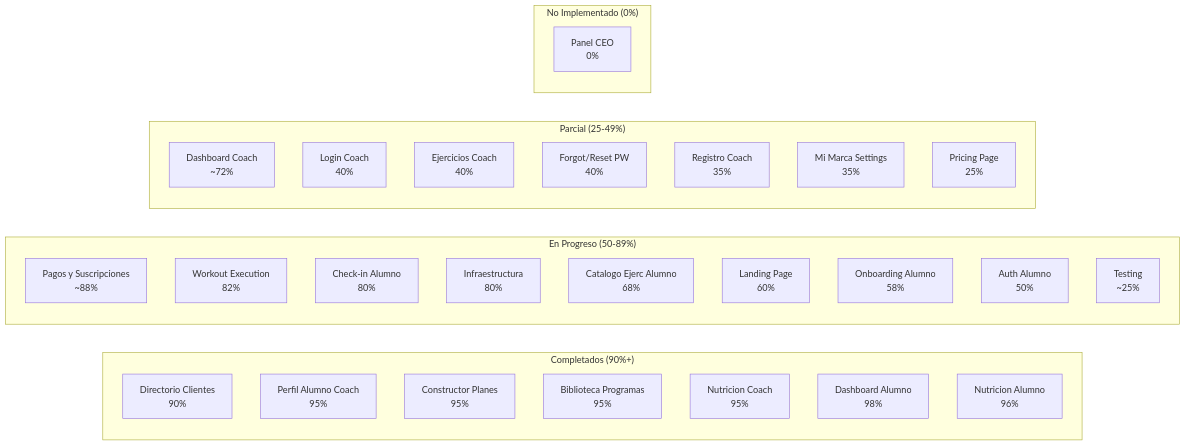
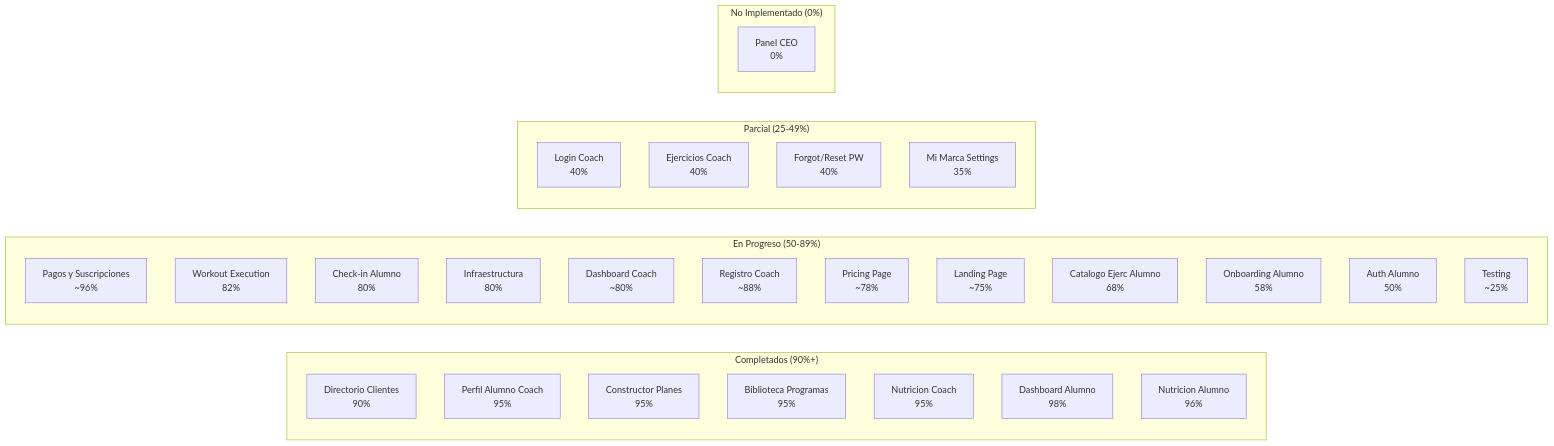
The first of 3 diagrams in docs/MAPA-MAESTRO.md (Juancho2706/gymappjp), drawn with Mermaid before and after one commit. The commit also changed other lines of this file and 22 other files, not shown here.

First line of the commit message:
feat: enhance coach dashboard with subscription details

````diff
--- a/docs/MAPA-MAESTRO.md
+++ b/docs/MAPA-MAESTRO.md
@@ -13,38 +13,38 @@
 ```mermaid
 graph LR
     subgraph completado ["Completados (90%+)"]
         DirClientes["Directorio Clientes<br/>90%"]
         PerfilAlumno["Perfil Alumno Coach<br/>95%"]
         Builder["Constructor Planes<br/>95%"]
         BiblioProgs["Biblioteca Programas<br/>95%"]
         NutriCoach["Nutricion Coach<br/>95%"]
         DashAlumno["Dashboard Alumno<br/>98%"]
         NutriAlumno["Nutricion Alumno<br/>96%"]
     end
 
     subgraph avanzado ["En Progreso (50-89%)"]
-        Pagos["Pagos y Suscripciones<br/>~88%"]
+        Pagos["Pagos y Suscripciones<br/>~96%"]
         WorkoutExec["Workout Execution<br/>82%"]
         CheckIn["Check-in Alumno<br/>80%"]
         Infra["Infraestructura<br/>80%"]
+        DashCoach["Dashboard Coach<br/>~80%"]
+        RegCoach["Registro Coach<br/>~88%"]
+        Pricing["Pricing Page<br/>~78%"]
+        Landing["Landing Page<br/>~75%"]
         CatEjAlumno["Catalogo Ejerc Alumno<br/>68%"]
-        Landing["Landing Page<br/>60%"]
         Onboarding["Onboarding Alumno<br/>58%"]
         AuthAlumno["Auth Alumno<br/>50%"]
         Testing["Testing<br/>~25%"]
     end
 
     subgraph parcial ["Parcial (25-49%)"]
-        DashCoach["Dashboard Coach<br/>~72%"]
         LoginCoach["Login Coach<br/>40%"]
         EjercCoach["Ejercicios Coach<br/>40%"]
         ResetPw["Forgot/Reset PW<br/>40%"]
-        RegCoach["Registro Coach<br/>35%"]
         MiMarca["Mi Marca Settings<br/>35%"]
-        Pricing["Pricing Page<br/>25%"]
     end
 
     subgraph pendiente ["No Implementado (0%)"]
         PanelCEO["Panel CEO<br/>0%"]
     end
 ```
````
